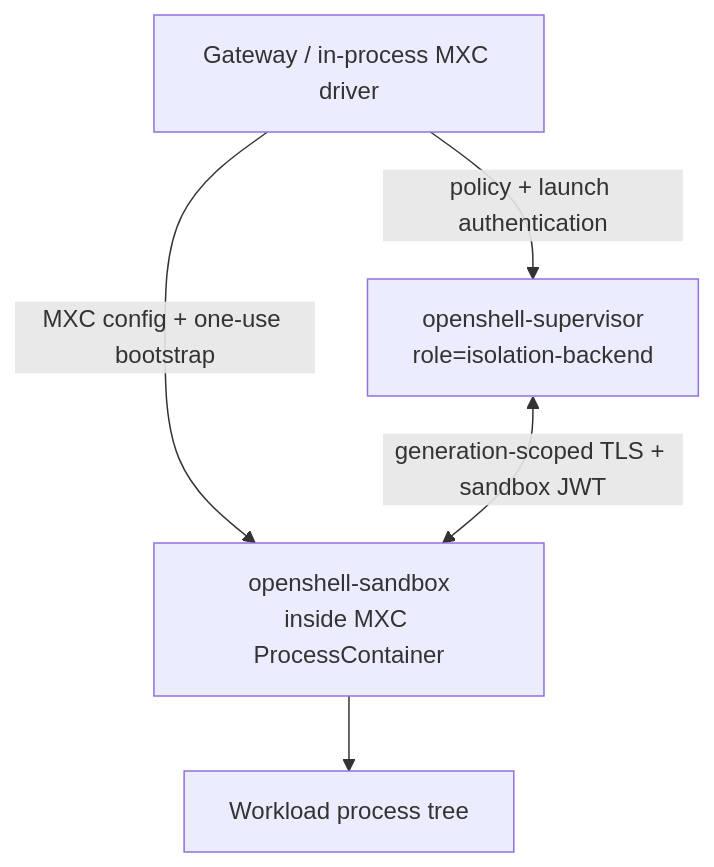
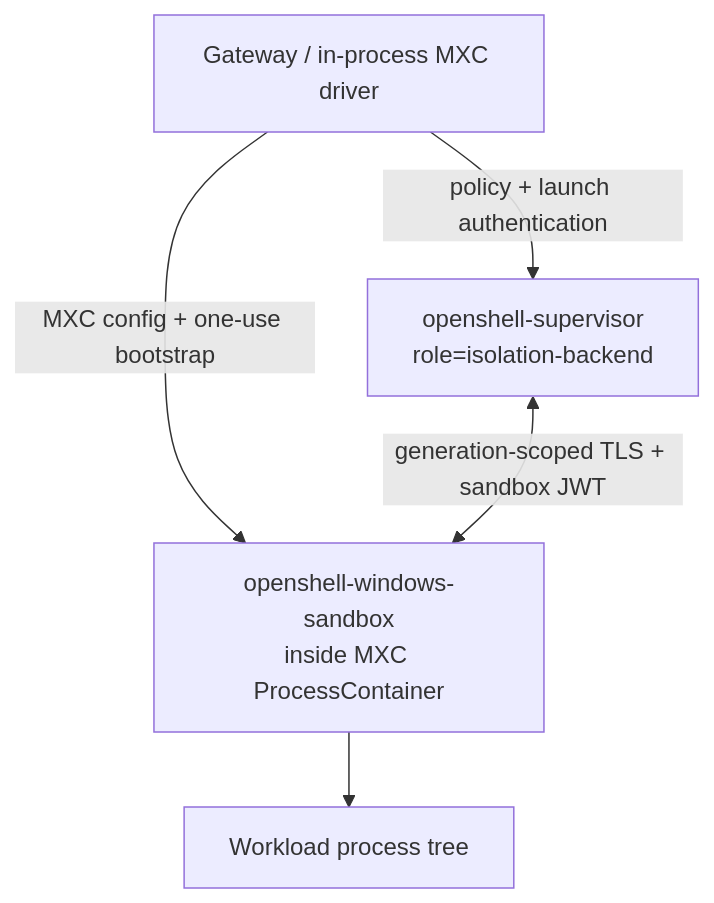
One commit to 0x5t4l1n/OpenShell changed the diagram in rfc/0013-native-windows-mxc/README.md. Above: the diagram before and after it, drawn with Mermaid. The commit also changed other lines of this file and 11 other files, not shown here.

Commit message:
docs(windows): align MXC documentation with the implementation

````diff
--- a/rfc/0013-native-windows-mxc/README.md
+++ b/rfc/0013-native-windows-mxc/README.md
@@ -61,12 +61,12 @@
 ```mermaid
 flowchart TD
     Gateway[Gateway / in-process MXC driver]
     Supervisor[openshell-supervisor<br/>role=isolation-backend]
-    Sandbox[openshell-sandbox<br/>inside MXC ProcessContainer]
+    Sandbox[openshell-windows-sandbox<br/>inside MXC ProcessContainer]
     Workload[Workload process tree]
 
     Gateway -->|policy + launch authentication| Supervisor
     Gateway -->|MXC config + one-use bootstrap| Sandbox
     Supervisor <-->|generation-scoped TLS + sandbox JWT| Sandbox
     Sandbox --> Workload
 ```
````
